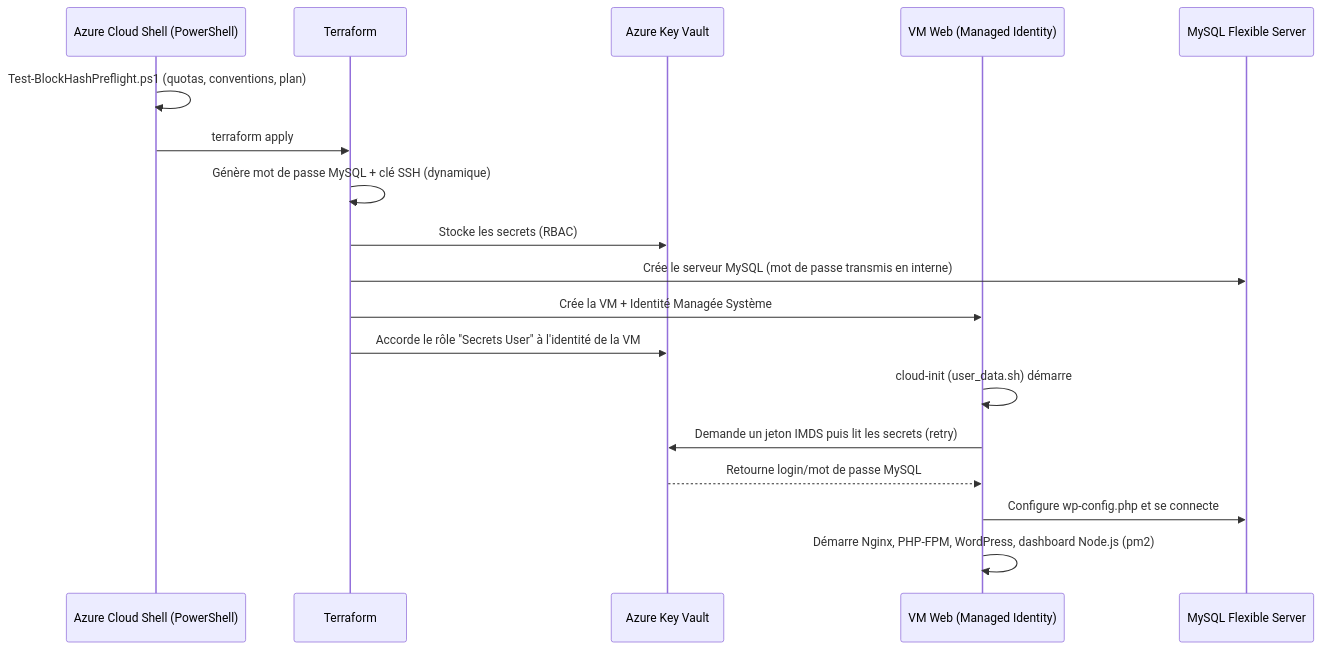
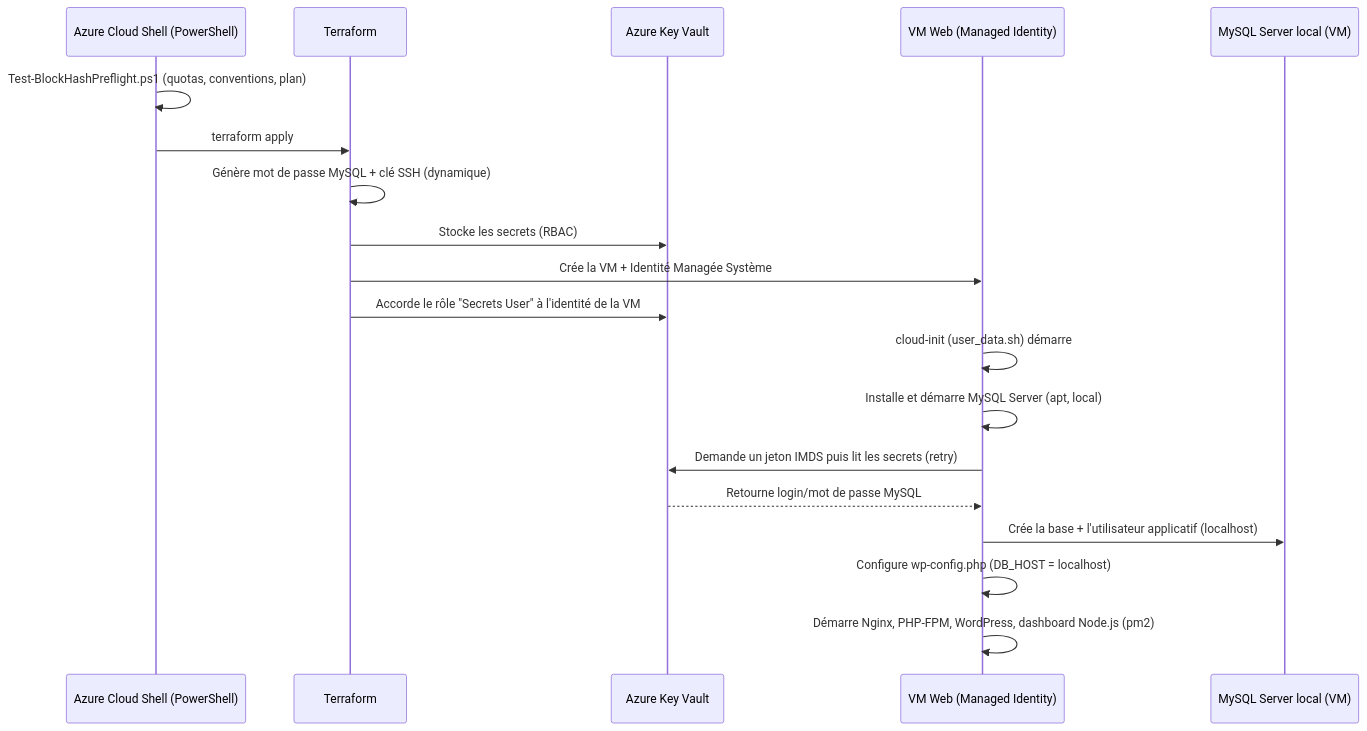
Before and after one commit to dspitech/blockhash-monitoring-wordpress: the second of 3 diagrams in README.md, drawn with Mermaid. The commit also changed other lines of this file and 17 other files, not shown here.

````diff
--- a/README.md
+++ b/README.md
@@ -104,21 +99,22 @@
 ```mermaid
 sequenceDiagram
     participant Cloud as  Azure Cloud Shell (PowerShell)
     participant TF as Terraform
     participant KV as Azure Key Vault
     participant VM as VM Web (Managed Identity)
-    participant DB as MySQL Flexible Server
+    participant MySQL as MySQL Server local (VM)
 
     Cloud->>Cloud: Test-BlockHashPreflight.ps1 (quotas, conventions, plan)
     Cloud->>TF: terraform apply
     TF->>TF: Génère mot de passe MySQL + clé SSH (dynamique)
     TF->>KV: Stocke les secrets (RBAC)
-    TF->>DB: Crée le serveur MySQL (mot de passe transmis en interne)
     TF->>VM: Crée la VM + Identité Managée Système
     TF->>KV: Accorde le rôle "Secrets User" à l'identité de la VM
     VM->>VM: cloud-init (user_data.sh) démarre
+    VM->>VM: Installe et démarre MySQL Server (apt, local)
     VM->>KV: Demande un jeton IMDS puis lit les secrets (retry)
     KV-->>VM: Retourne login/mot de passe MySQL
-    VM->>DB: Configure wp-config.php et se connecte
+    VM->>MySQL: Crée la base + l'utilisateur applicatif (localhost)
+    VM->>VM: Configure wp-config.php (DB_HOST = localhost)
     VM->>VM: Démarre Nginx, PHP-FPM, WordPress, dashboard Node.js (pm2)
 ```
````
